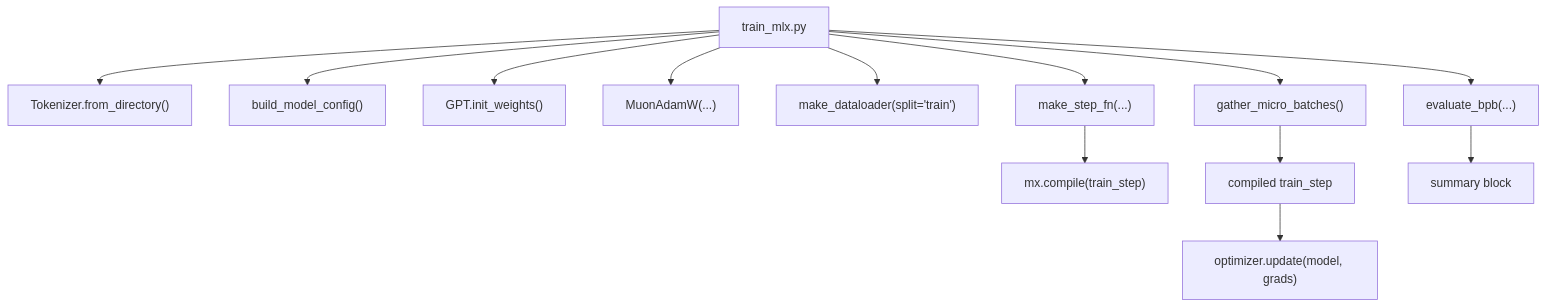
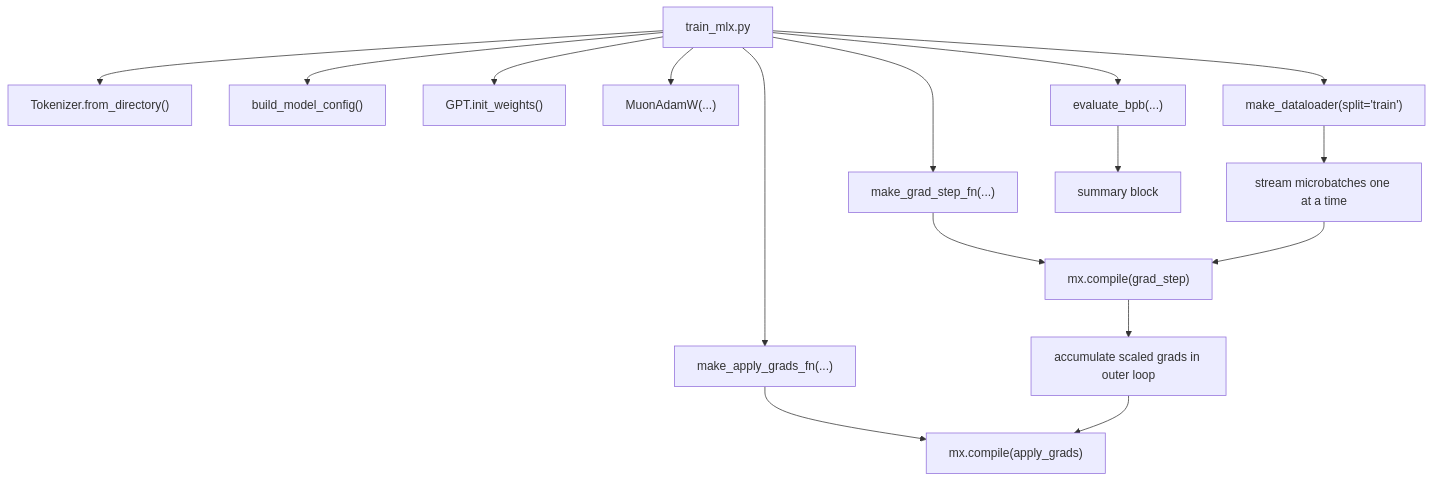
The second of 3 diagrams in docs/mlx-port-architecture.md (Entrpi/autoresearch-everywhere), drawn with Mermaid before and after one commit. The commit also changed 1 other file, not shown here.

Commit message:
Stream gradient accumulation in MLX trainer

````diff
--- a/docs/mlx-port-architecture.md
+++ b/docs/mlx-port-architecture.md
@@ -216,15 +216,18 @@
 ```mermaid
 flowchart TD
     A["train_mlx.py"] --> B["Tokenizer.from_directory()"]
     A --> C["build_model_config()"]
     A --> D["GPT.init_weights()"]
     A --> E["MuonAdamW(...)"]
     A --> F["make_dataloader(split='train')"]
-    A --> G["make_step_fn(...)"]
-    G --> H["mx.compile(train_step)"]
-    A --> I["gather_micro_batches()"]
-    I --> J["compiled train_step"]
-    J --> K["optimizer.update(model, grads)"]
-    A --> L["evaluate_bpb(...)"]
-    L --> M["summary block"]
+    A --> G["make_grad_step_fn(...)"]
+    G --> H["mx.compile(grad_step)"]
+    A --> I["make_apply_grads_fn(...)"]
+    I --> J["mx.compile(apply_grads)"]
+    F --> K["stream microbatches one at a time"]
+    K --> H
+    H --> L["accumulate scaled grads in outer loop"]
+    L --> J
+    A --> N["evaluate_bpb(...)"]
+    N --> M["summary block"]
 ```
````
